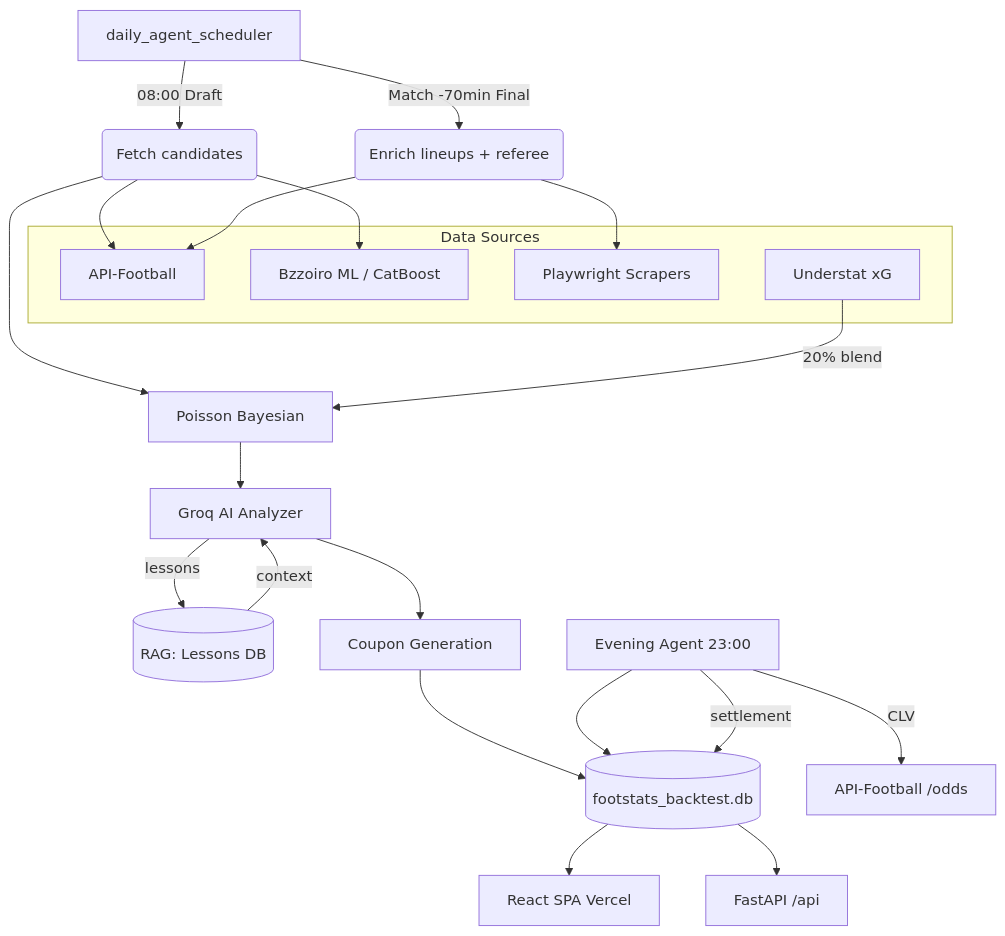
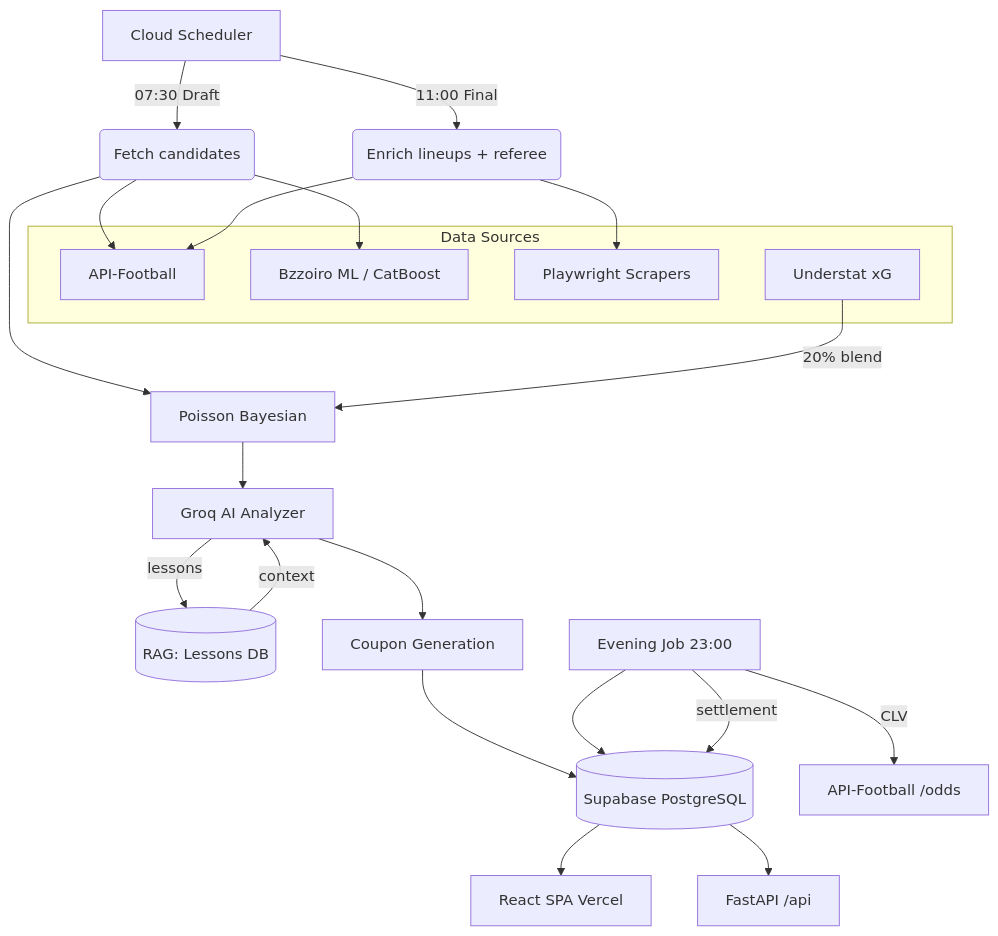
Before and after one commit to Gwiazdka09/Footstats: the diagram in README.md, drawn with Mermaid. The commit also changed other lines of this file and 5 other files, not shown here.

````diff
--- a/README.md
+++ b/README.md
@@ -47,31 +47,31 @@
 ```mermaid
 graph TD
-    A[daily_agent_scheduler] -->|08:00 Draft| B(Fetch candidates)
-    A -->|Match -70min Final| C(Enrich lineups + referee)
+    A[Cloud Scheduler] -->|07:30 Draft| B(Fetch candidates)
+    A -->|11:00 Final| C(Enrich lineups + referee)
 
     subgraph "Data Sources"
         D[API-Football]
         E[Bzzoiro ML / CatBoost]
         F[Playwright Scrapers]
         G[Understat xG]
     end
 
     B --> D & E
     C --> F & D
 
     B --> H[Poisson Bayesian]
     G -->|20% blend| H
     H --> I[Groq AI Analyzer]
 
     I -->|lessons| J[(RAG: Lessons DB)]
     J -->|context| I
     I --> K[Coupon Generation]
 
-    K --> L[(footstats_backtest.db)]
+    K --> L[(Supabase PostgreSQL)]
     L --> M[React SPA Vercel]
     L --> N[FastAPI /api]
 
-    O[Evening Agent 23:00] --> L
+    O[Evening Job 23:00] --> L
     O -->|CLV| P[API-Football /odds]
     O -->|settlement| L
 ```
````
